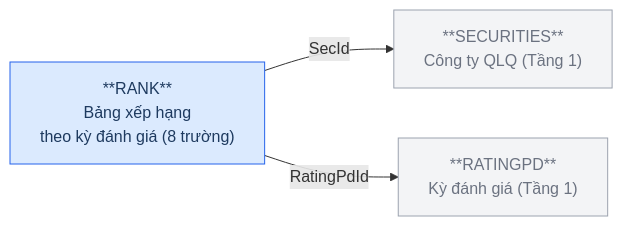
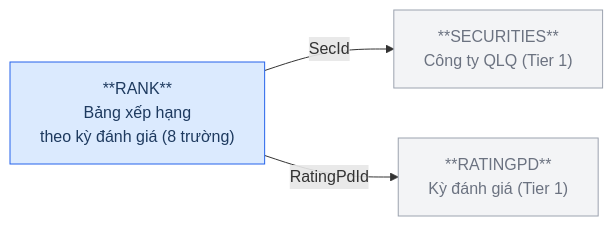
Diagram 11 of 16 in Silver/hld/FMS_HLD_Tier2.md (linhlvit/ubck_atomic_design), drawn with Mermaid before and after one commit. The commit also changed other lines of this file and 111 other files, not shown here.

````diff
--- a/Silver/hld/FMS_HLD_Tier2.md
+++ b/Silver/hld/FMS_HLD_Tier2.md
@@ -268,12 +262,12 @@
 ```mermaid
 graph LR
     classDef src fill:#dbeafe,stroke:#2563eb,color:#1e3a5f
     classDef ref fill:#f3f4f6,stroke:#9ca3af,color:#6b7280
 
-    SECURITIES["**SECURITIES**\nCông ty QLQ (Tầng 1)"]:::ref
-    RATINGPD["**RATINGPD**\nKỳ đánh giá (Tầng 1)"]:::ref
+    SECURITIES["**SECURITIES**\nCông ty QLQ (Tier 1)"]:::ref
+    RATINGPD["**RATINGPD**\nKỳ đánh giá (Tier 1)"]:::ref
     RANK["**RANK**\nBảng xếp hạng\ntheo kỳ đánh giá (8 trường)"]:::src
 
     RANK -->|SecId| SECURITIES
     RANK -->|RatingPdId| RATINGPD
 ```
````
